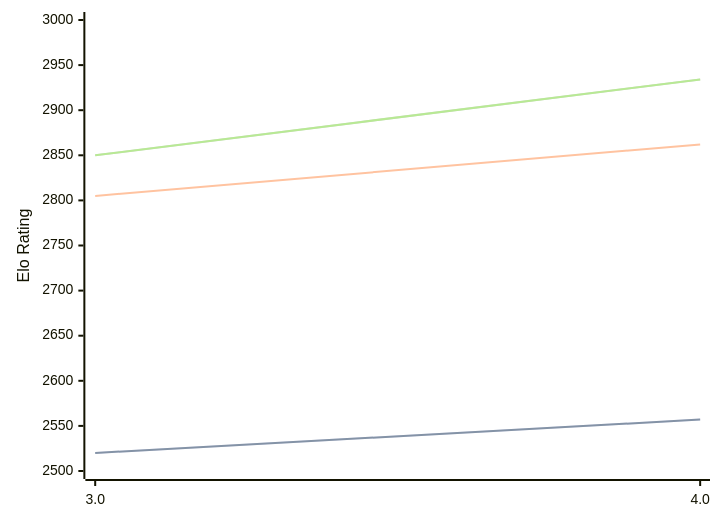
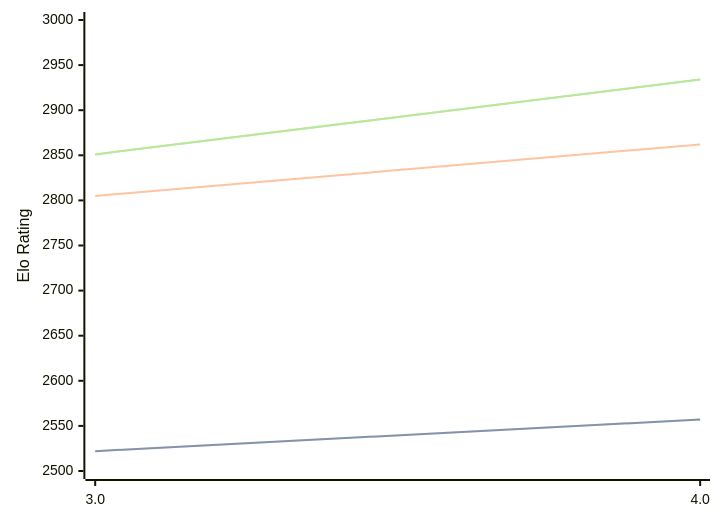
Before and after one commit to computer-chess-index/cci: the diagram in engines/Chess3.md, drawn with Mermaid. The commit also changed other lines of this file, not shown here.

Commit message:
Update CCI Ratings (ELO VLTC) - 2026-05-15

````diff
--- a/engines/Chess3.md
+++ b/engines/Chess3.md
@@ -34,11 +34,11 @@
 ```mermaid
 %%{init: {"theme":"base","themeVariables":{"seriesColors:['#a3a3a3','#222221','#faa371']}}}%%
 xychart-beta
   x-axis ["3.0", "4.0"]
   y-axis "Elo Rating" 2500 --> 3000
-  line "STC (8.0+0.08s)" [2520, 2557]
-  line "STC (8.0+0.08s)" [2520, 2557]
+  line "STC (8.0+0.08s)" [2522, 2557]
+  line "STC (8.0+0.08s)" [2522, 2557]
   line "LTC (60.0+0.60s)" [2805, 2862]
-  line "VLTC (2m24s+1.12s)" [2850, 2934]
-  line "VLTC (2m24s+1.12s)" [2850, 2934]
+  line "VLTC (2m24s+1.12s)" [2851, 2934]
+  line "VLTC (2m24s+1.12s)" [2851, 2934]
 ```
````
